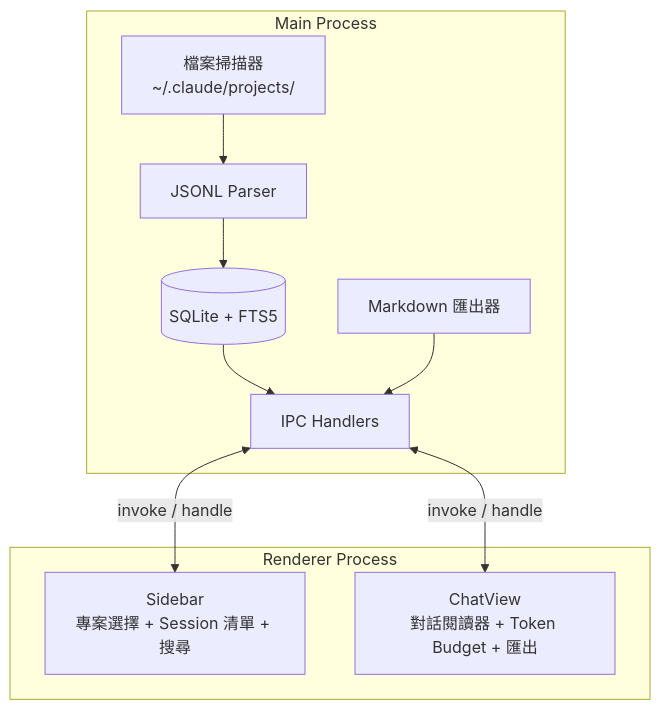
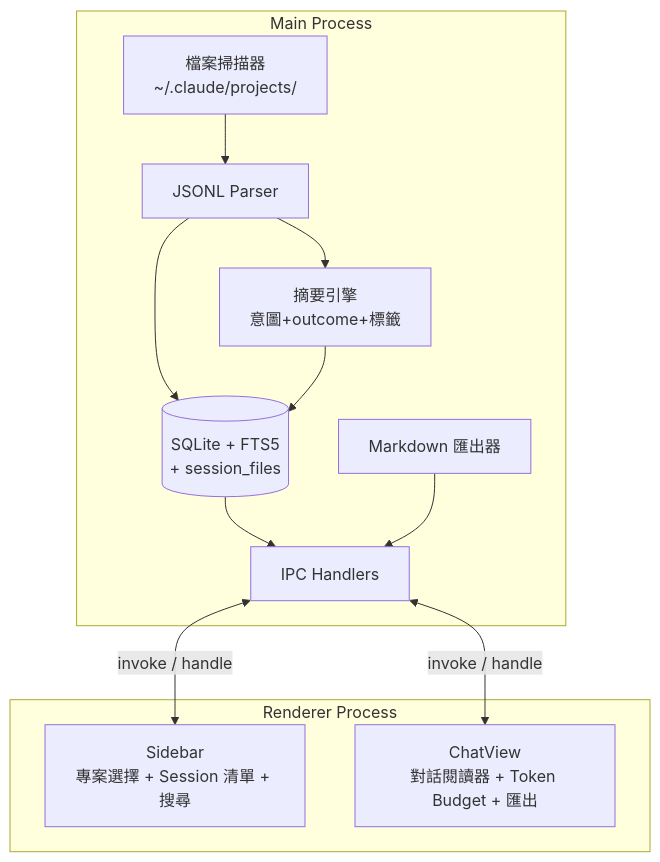
One commit to tznthou/ccRewind changed the diagram in README.md. Above: the diagram before and after it, drawn with Mermaid. The commit also changed other lines of this file, not shown here.

Commit message:
docs: update README for v1.3.0 — architecture diagram, test count, file descriptions

````diff
--- a/README.md
+++ b/README.md
@@ -118,17 +118,19 @@
 ```mermaid
 graph TB
     subgraph Main Process
         FS[檔案掃描器<br>~/.claude/projects/] --> JP[JSONL Parser]
-        JP --> DB[(SQLite + FTS5)]
+        JP --> SM[摘要引擎<br>意圖+outcome+標籤]
+        JP --> DB[(SQLite + FTS5<br>+ session_files)]
+        SM --> DB
         DB --> IPC[IPC Handlers]
         EX[Markdown 匯出器] --> IPC
     end
 
     subgraph Renderer Process
         SB[Sidebar<br>專案選擇 + Session 清單 + 搜尋]
         CV[ChatView<br>對話閱讀器 + Token Budget + 匯出]
     end
 
     IPC <-->|invoke / handle| SB
     IPC <-->|invoke / handle| CV
 ```
````
